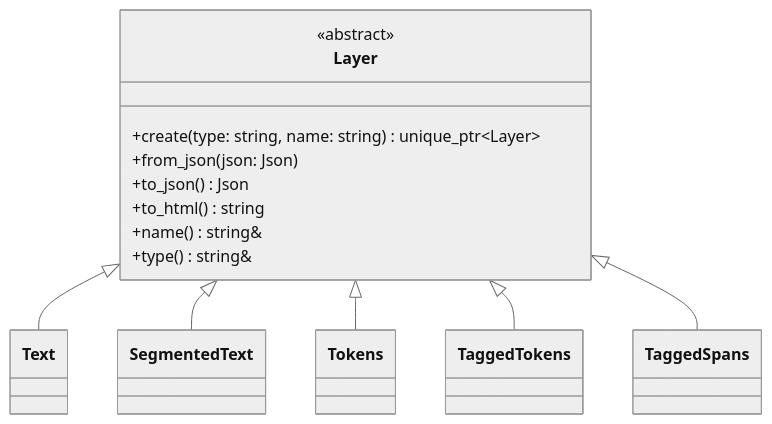
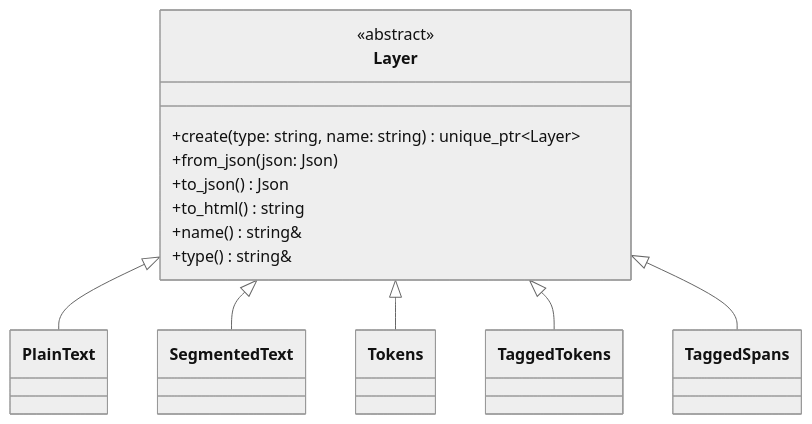
The second of 8 diagrams in docs/src/dev/architecture.md (ufal/linpipe), drawn with Mermaid (neutral theme) before and after one commit. The commit also changed other lines of this file and 10 other files, not shown here.

Commit message:
Renamed `Text` to `PlainText` according to meeting notes.

````diff
--- a/docs/src/dev/architecture.md
+++ b/docs/src/dev/architecture.md
@@ -60,24 +60,24 @@
 ```mermaid
 classDiagram
     class Layer {
         <<abstract>>
         +create(type: string, name: string) unique_ptr~Layer~
         +from_json(json: Json)
         +to_json() Json
         +to_html() string
         +name() string&
         +type() string&
     }
 
-    class Text
+    class PlainText
     class SegmentedText
     class Tokens
     class TaggedTokens
     class TaggedSpans
 
-    Layer <|-- Text
+    Layer <|-- PlainText
     Layer <|-- SegmentedText
     Layer <|-- Tokens
     Layer <|-- TaggedTokens
     Layer <|-- TaggedSpans
 ```
````
